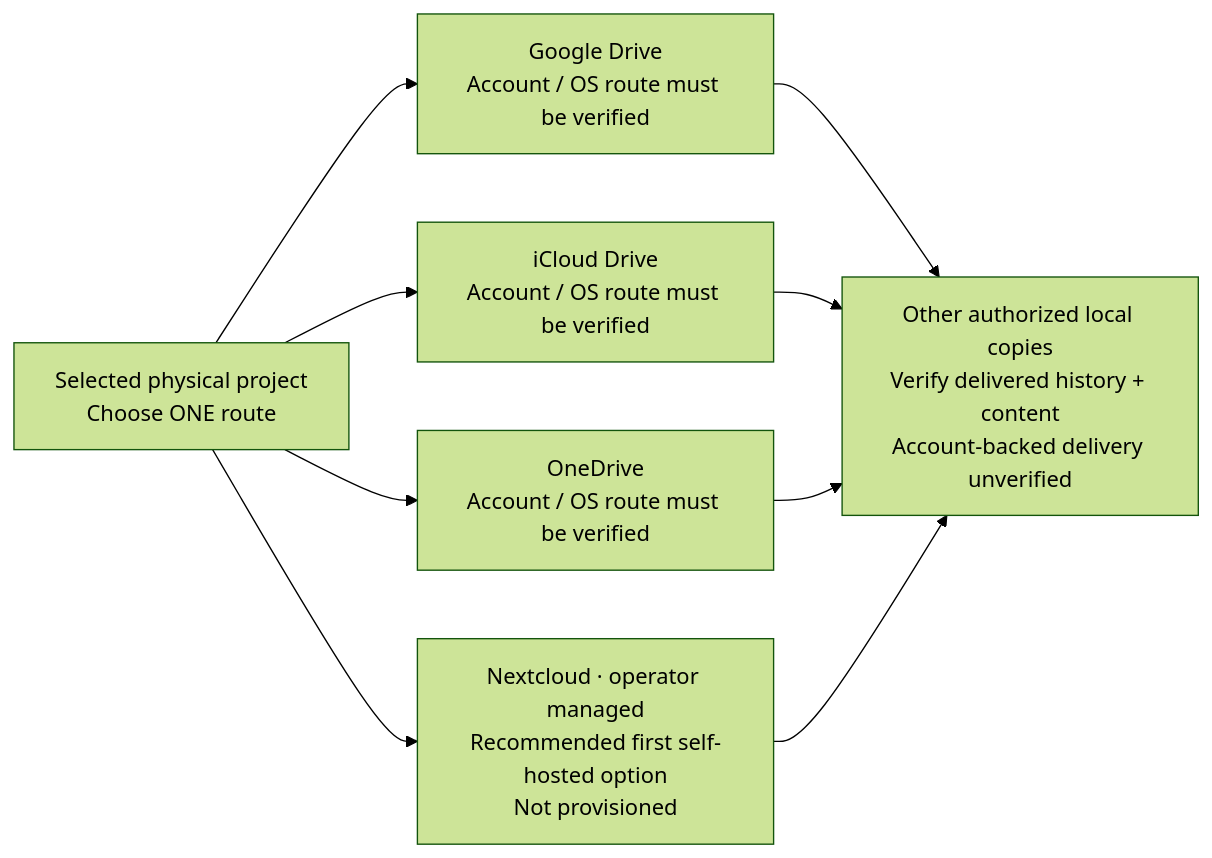
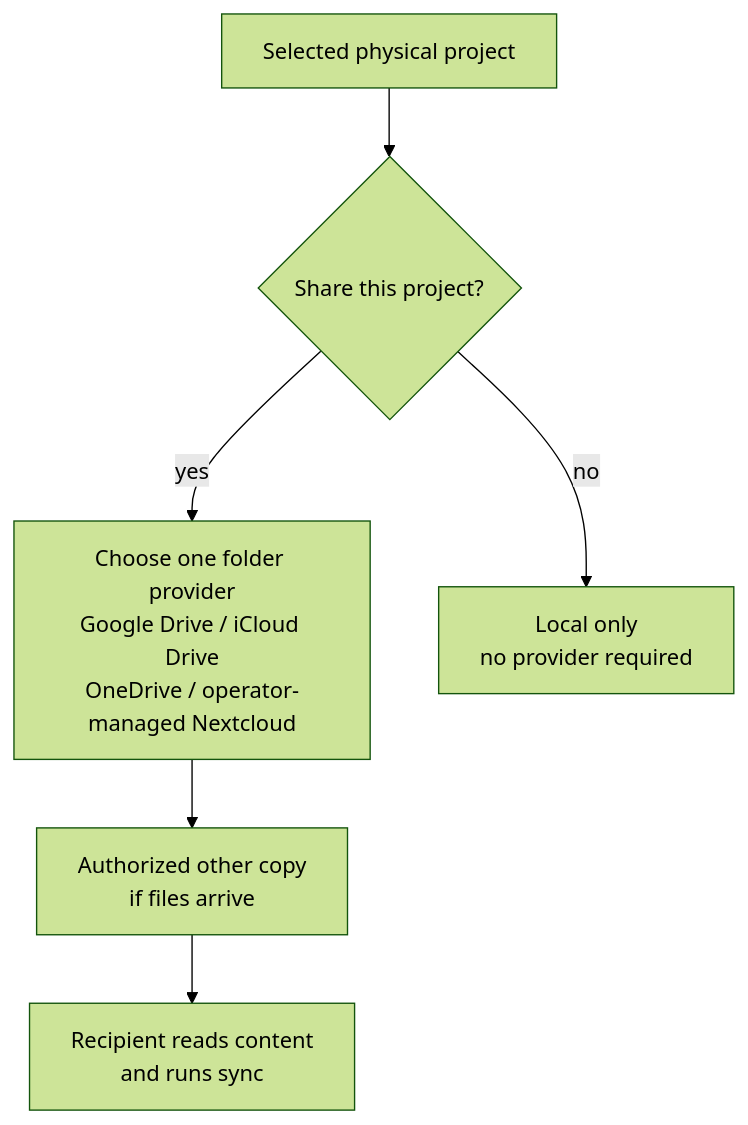
One commit to Kian-hdr/isolinear-memory changed the fifth of 5 diagrams in README.md. Above: the diagram before and after it, drawn with Mermaid (forest theme). The commit also changed other lines of this file and 12 other files, not shown here.

First line of the commit message:
Refresh Isolinear Memory README and system diagrams

````diff
--- a/README.md
+++ b/README.md
@@ -165,13 +220,10 @@
 ```mermaid
-flowchart LR
-  accTitle: Choose one provider route for each physical project
-  accDescr: Google Drive, iCloud Drive, OneDrive and operator-managed Nextcloud are alternative routes, not interconnected bridges. Nextcloud is the recommended first self-hosted option, not provisioned. Account-backed Shared Memory delivery is unverified for these routes.
-  P["Selected physical project<br/>Choose ONE route"] --> G["Google Drive<br/>Account / OS route must be verified"]
-  P --> I["iCloud Drive<br/>Account / OS route must be verified"]
-  P --> O["OneDrive<br/>Account / OS route must be verified"]
-  P --> N["Nextcloud · operator managed<br/>Recommended first self-hosted option<br/>Not provisioned"]
-  G --> D["Other authorized local copies<br/>Verify delivered history + content<br/>Account-backed delivery unverified"]
-  I --> D
-  O --> D
-  N --> D
+flowchart TB
+  accTitle: Local-only use or one provider per physical project
+  accDescr: Isolinear Memory works in a local Markdown folder. To share a project, choose one configured provider for that physical folder. Google Drive, iCloud Drive, OneDrive and operator-managed Nextcloud are alternatives, not bridges. Verify files and history on each recipient device.
+  P["Selected physical project"] --> C{"Share this project?"}
+  C -->|"yes"| S["Choose one folder provider<br/>Google Drive / iCloud Drive<br/>OneDrive / operator-managed Nextcloud"]
+  C -->|"no"| L["Local only<br/>no provider required"]
+  S --> D["Authorized other copy<br/>if files arrive"]
+  D --> V["Recipient reads content<br/>and runs sync"]
 ```
````
